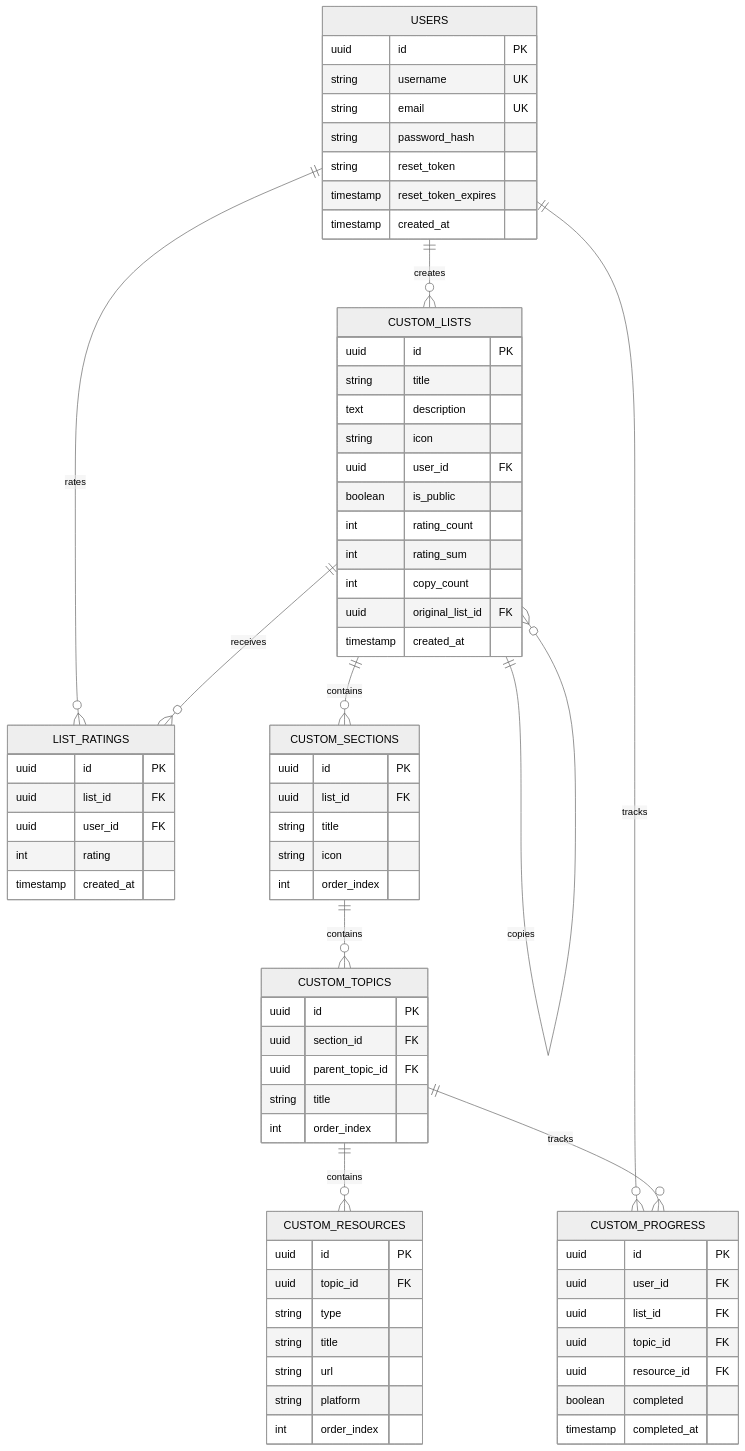
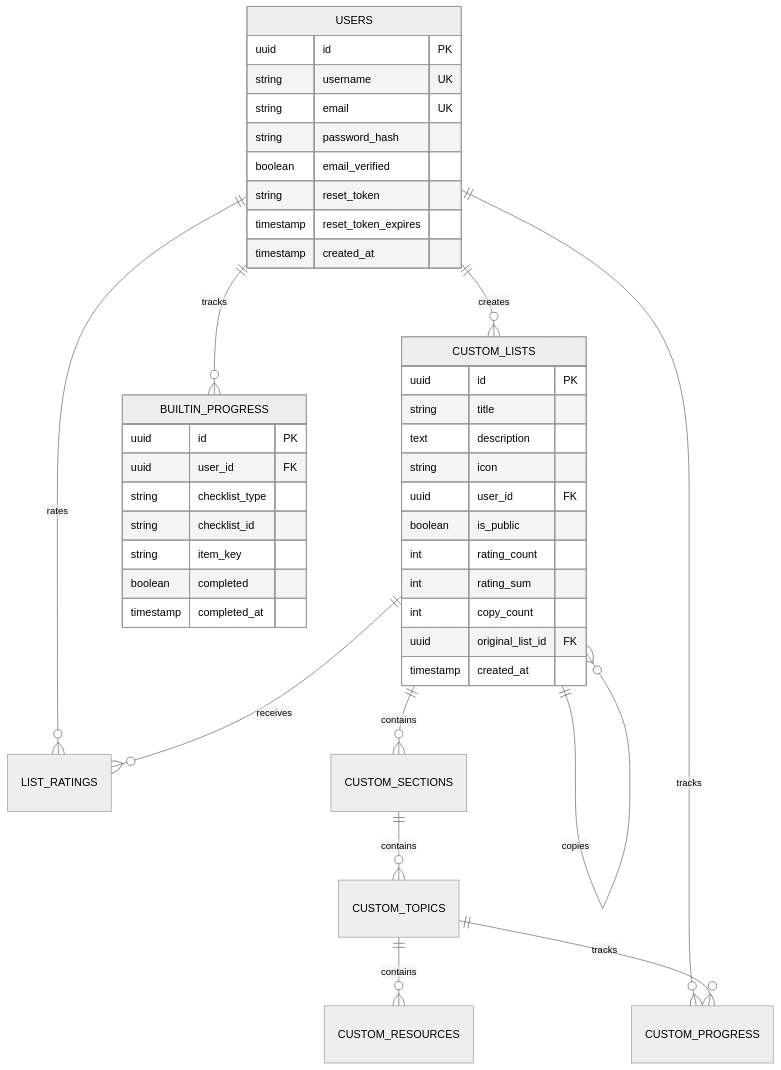
One commit to Lancerhawk/Learning-Hub changed the second of 2 diagrams in checklist-app/README.md. Above: the diagram before and after it, drawn with Mermaid (neutral theme). The commit also changed other lines of this file and 3 other files, not shown here.

````diff
--- a/checklist-app/README.md
+++ b/checklist-app/README.md
@@ -117,80 +119,48 @@
 ```mermaid
 erDiagram
     USERS ||--o{ CUSTOM_LISTS : creates
     USERS ||--o{ LIST_RATINGS : rates
     USERS ||--o{ CUSTOM_PROGRESS : tracks
+    USERS ||--o{ BUILTIN_PROGRESS : tracks
     CUSTOM_LISTS ||--o{ CUSTOM_SECTIONS : contains
     CUSTOM_LISTS ||--o{ LIST_RATINGS : receives
     CUSTOM_LISTS ||--o{ CUSTOM_LISTS : copies
     CUSTOM_SECTIONS ||--o{ CUSTOM_TOPICS : contains
     CUSTOM_TOPICS ||--o{ CUSTOM_RESOURCES : contains
     CUSTOM_TOPICS ||--o{ CUSTOM_PROGRESS : tracks
 
     USERS {
         uuid id PK
         string username UK
         string email UK
         string password_hash
+        boolean email_verified
         string reset_token
         timestamp reset_token_expires
         timestamp created_at
     }
 
     CUSTOM_LISTS {
         uuid id PK
         string title
         text description
         string icon
         uuid user_id FK
         boolean is_public
         int rating_count
         int rating_sum
         int copy_count
         uuid original_list_id FK
         timestamp created_at
     }
 
-    CUSTOM_SECTIONS {
-        uuid id PK
-        uuid list_id FK
-        string title
-        string icon
-        int order_index
-    }
-
-    CUSTOM_TOPICS {
-        uuid id PK
-        uuid section_id FK
-        uuid parent_topic_id FK
-        string title
-        int order_index
-    }
-
-    CUSTOM_RESOURCES {
-        uuid id PK
-        uuid topic_id FK
-        string type
-        string title
-        string url
-        string platform
-        int order_index
-    }
-
-    CUSTOM_PROGRESS {
+    BUILTIN_PROGRESS {
         uuid id PK
         uuid user_id FK
-        uuid list_id FK
-        uuid topic_id FK
-        uuid resource_id FK
+        string checklist_type
+        string checklist_id
+        string item_key
         boolean completed
         timestamp completed_at
     }
-
-    LIST_RATINGS {
-        uuid id PK
-        uuid list_id FK
-        uuid user_id FK
-        int rating
-        timestamp created_at
-    }
 ```
````
